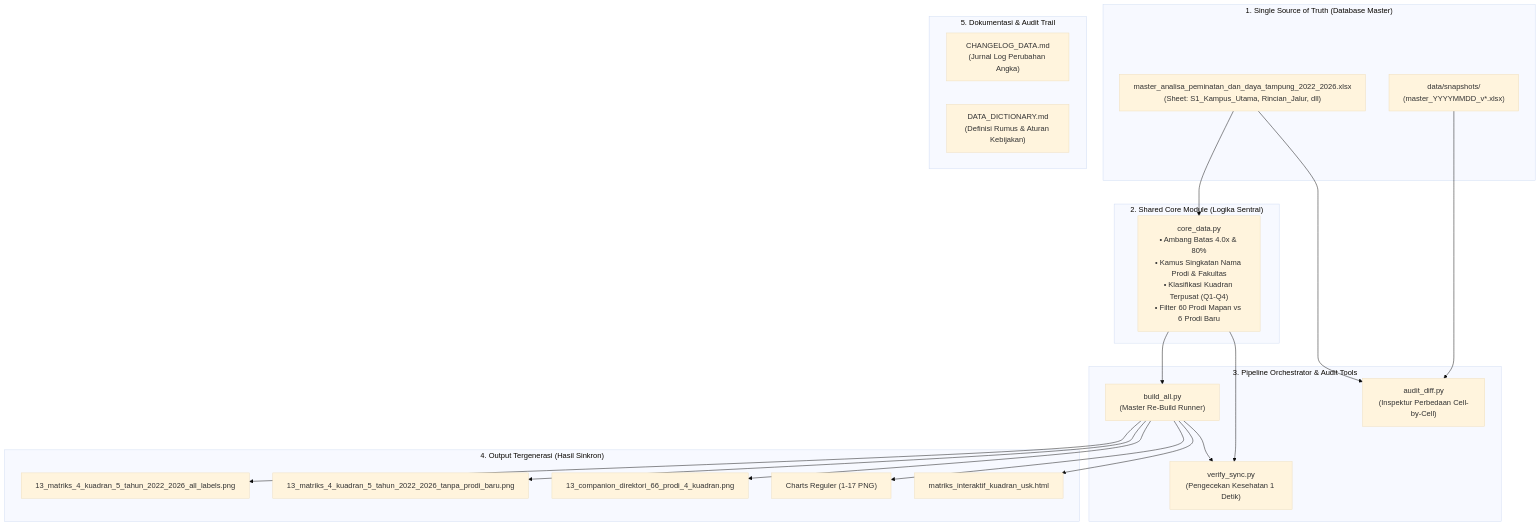
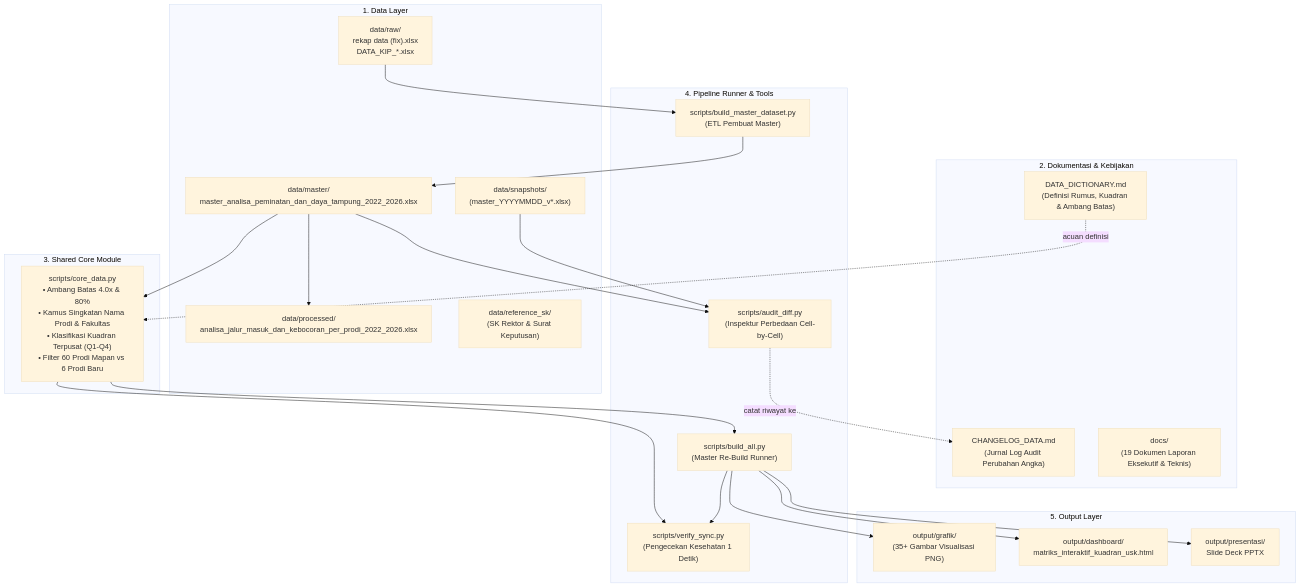
Before and after one commit to AuliaMuzhaffar/projek-magang-usk: the diagram in PANDUAN_ARSITEKTUR_DAN_WORKFLOW.md, drawn with Mermaid (base theme). The commit also changed other lines of this file and 155 other files, not shown here.

````diff
--- a/PANDUAN_ARSITEKTUR_DAN_WORKFLOW.md
+++ b/PANDUAN_ARSITEKTUR_DAN_WORKFLOW.md
@@ -20,43 +20,55 @@
 ```mermaid
 graph TD
-    subgraph SSOT["1. Single Source of Truth (Database Master)"]
-        EXCEL["master_analisa_peminatan_dan_daya_tampung_2022_2026.xlsx<br>(Sheet: S1_Kampus_Utama, Rincian_Jalur, dll)"]
+    %% 1. Sumber Data Master
+    subgraph SSOT["1. Data Layer"]
+        RAW["data/raw/<br>rekap data (fix).xlsx<br>DATA_KIP_*.xlsx"]
+        MASTER["data/master/<br>master_analisa_peminatan_dan_daya_tampung_2022_2026.xlsx"]
+        PROCESSED["data/processed/<br>analisa_jalur_masuk_dan_kebocoran_per_prodi_2022_2026.xlsx"]
         SNAPSHOTS["data/snapshots/<br>(master_YYYYMMDD_v*.xlsx)"]
+        SK["data/reference_sk/<br>(SK Rektor & Surat Keputusan)"]
     end
 
-    subgraph CORE["2. Shared Core Module (Logika Sentral)"]
-        CORE_DATA["core_data.py<br>• Ambang Batas 4.0x & 80%<br>• Kamus Singkatan Nama Prodi & Fakultas<br>• Klasifikasi Kuadran Terpusat (Q1-Q4)<br>• Filter 60 Prodi Mapan vs 6 Prodi Baru"]
+    %% 2. Dokumentasi & Panduan Kebijakan
+    subgraph DOCS_GRP["2. Dokumentasi & Kebijakan"]
+        DICT["DATA_DICTIONARY.md<br>(Definisi Rumus, Kuadran & Ambang Batas)"]
+        CHANGELOG["CHANGELOG_DATA.md<br>(Jurnal Log Audit Perubahan Angka)"]
+        DOCS["docs/<br>(19 Dokumen Laporan Eksekutif & Teknis)"]
     end
 
-    subgraph PIPELINE["3. Pipeline Orchestrator & Audit Tools"]
-        BUILD["build_all.py<br>(Master Re-Build Runner)"]
-        VERIFY["verify_sync.py<br>(Pengecekan Kesehatan 1 Detik)"]
-        DIFF["audit_diff.py<br>(Inspektur Perbedaan Cell-by-Cell)"]
+    %% 3. Logika Sentral
+    subgraph CORE["3. Shared Core Module"]
+        CORE_DATA["scripts/core_data.py<br>• Ambang Batas 4.0x & 80%<br>• Kamus Singkatan Nama Prodi & Fakultas<br>• Klasifikasi Kuadran Terpusat (Q1-Q4)<br>• Filter 60 Prodi Mapan vs 6 Prodi Baru"]
     end
 
-    subgraph ARTIFACTS["4. Output Tergenerasi (Hasil Sinkron)"]
-        PNG_ALL["13_matriks_4_kuadran_5_tahun_2022_2026_all_labels.png"]
-        PNG_60["13_matriks_4_kuadran_5_tahun_2022_2026_tanpa_prodi_baru.png"]
-        PNG_ROSTER["13_companion_direktori_66_prodi_4_kuadran.png"]
-        PNG_STD["Charts Reguler (1-17 PNG)"]
-        HTML["matriks_interaktif_kuadran_usk.html"]
+    %% 4. Orchestrator & Tool Audit
+    subgraph PIPELINE["4. Pipeline Runner & Tools"]
+        BUILD["scripts/build_all.py<br>(Master Re-Build Runner)"]
+        VERIFY["scripts/verify_sync.py<br>(Pengecekan Kesehatan 1 Detik)"]
+        DIFF["scripts/audit_diff.py<br>(Inspektur Perbedaan Cell-by-Cell)"]
+        ETL["scripts/build_master_dataset.py<br>(ETL Pembuat Master)"]
     end
 
-    subgraph DOCS["5. Dokumentasi & Audit Trail"]
-        CHANGELOG["CHANGELOG_DATA.md<br>(Jurnal Log Perubahan Angka)"]
-        DICT["DATA_DICTIONARY.md<br>(Definisi Rumus & Aturan Kebijakan)"]
+    %% 5. Output
+    subgraph OUTPUT_GRP["5. Output Layer"]
+        GRAFIK["output/grafik/<br>(35+ Gambar Visualisasi PNG)"]
+        DASH["output/dashboard/<br>matriks_interaktif_kuadran_usk.html"]
+        PRES["output/presentasi/<br>Slide Deck PPTX"]
     end
 
-    EXCEL --> CORE_DATA
+    %% Hubungan Alur Kerja & Data Flow
+    RAW --> ETL
+    ETL --> MASTER
+    MASTER --> PROCESSED
+    DICT -. acuan definisi .-> CORE_DATA
+    MASTER --> CORE_DATA
     CORE_DATA --> BUILD
     CORE_DATA --> VERIFY
-    EXCEL & SNAPSHOTS --> DIFF
+    BUILD --> VERIFY
 
-    BUILD --> PNG_ALL
-    BUILD --> PNG_60
-    BUILD --> PNG_ROSTER
-    BUILD --> PNG_STD
-    BUILD --> HTML
+    MASTER & SNAPSHOTS --> DIFF
+    DIFF -. catat riwayat ke .-> CHANGELOG
 
-    BUILD --> VERIFY
+    BUILD --> GRAFIK
+    BUILD --> DASH
+    BUILD --> PRES
 ```
````
